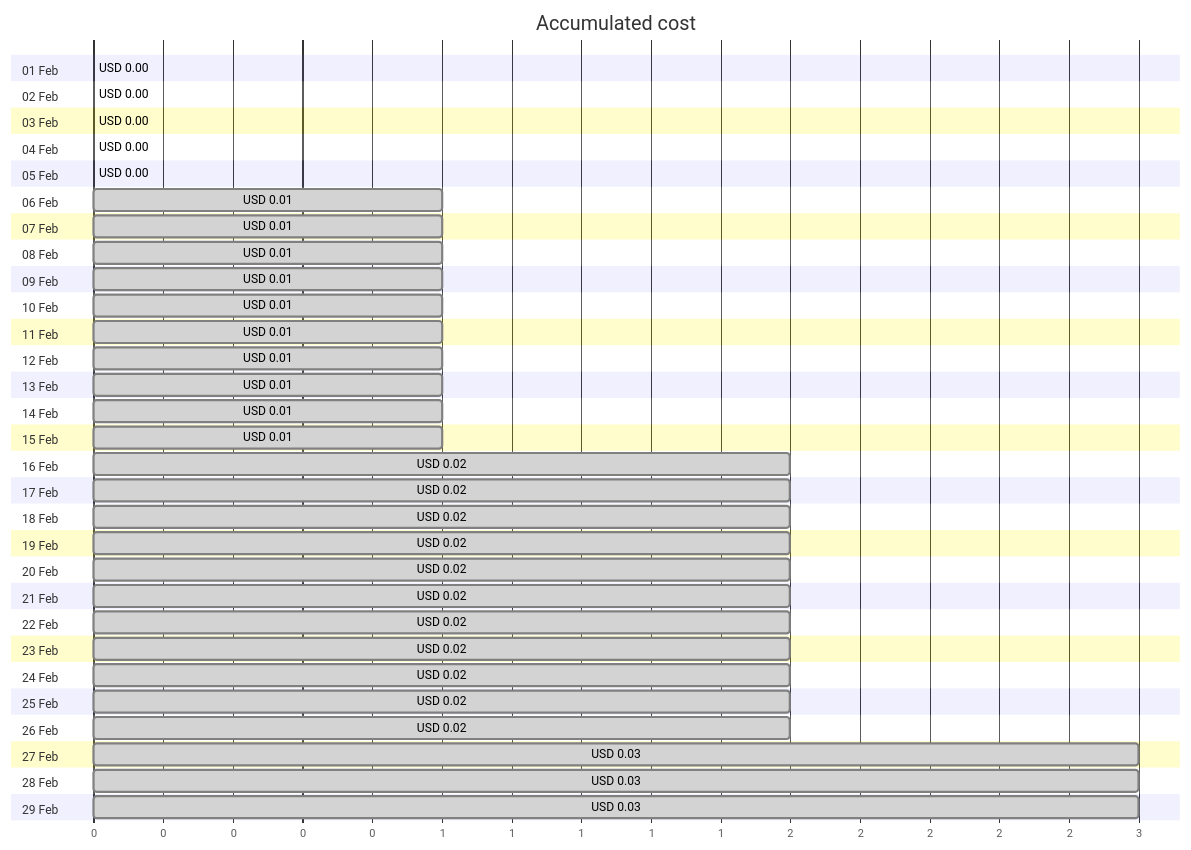
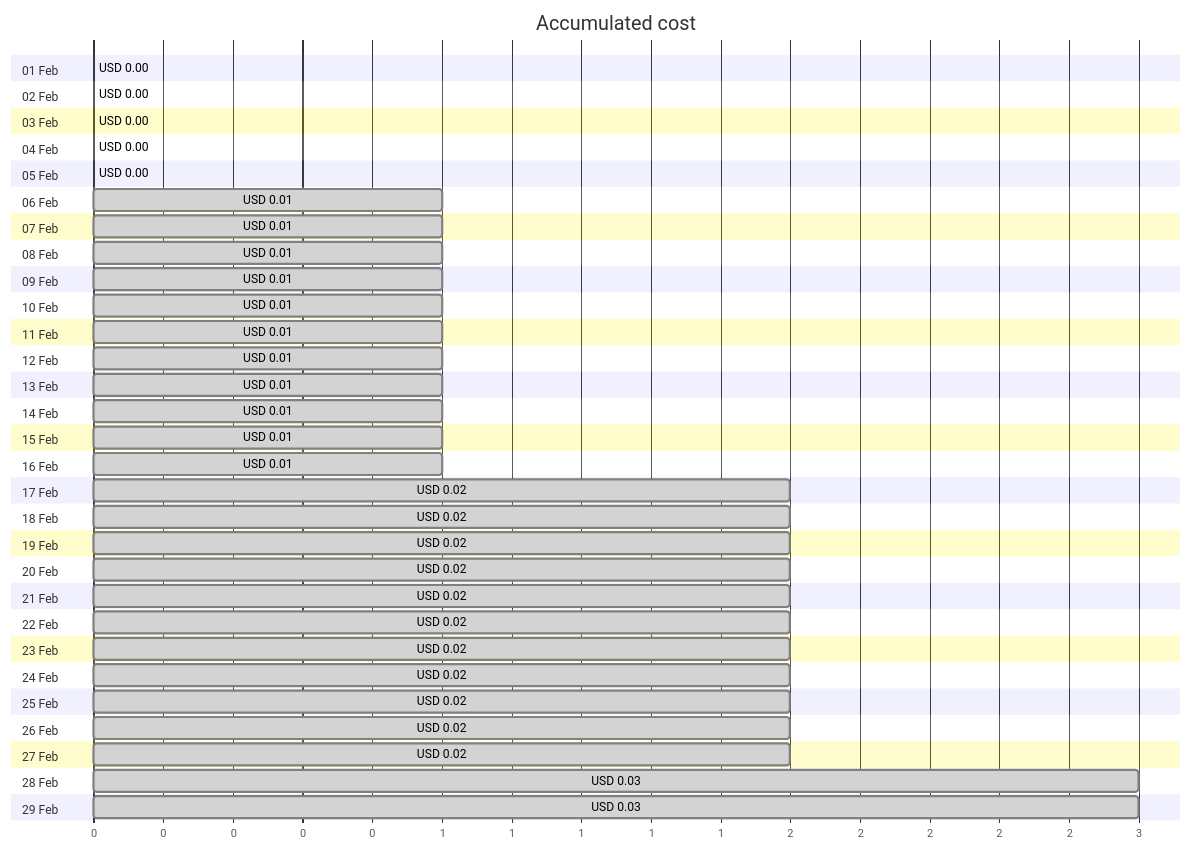
Before and after one commit to jpfulton/azure-personal-reports: the first of 4 diagrams in cost-reports/personal-site/personalsiteapipreview.md, drawn with Mermaid. The commit also changed other lines of this file and 6 other files, not shown here.

````diff
--- a/cost-reports/personal-site/personalsiteapipreview.md
+++ b/cost-reports/personal-site/personalsiteapipreview.md
@@ -20,64 +20,64 @@
 ```mermaid
 gantt
    title Accumulated cost
    dateFormat  X
    axisFormat %s
    section 01 Feb
    USD 0.00 :0, 0
    section 02 Feb
    USD 0.00 :0, 0
    section 03 Feb
    USD 0.00 :0, 0
    section 04 Feb
    USD 0.00 :0, 0
    section 05 Feb
-   USD 0.00 : done, 0, 0
+   USD 0.00 :0, 0
    section 06 Feb
    USD 0.01 : done, 0, 1
    section 07 Feb
    USD 0.01 : done, 0, 1
    section 08 Feb
    USD 0.01 : done, 0, 1
    section 09 Feb
    USD 0.01 : done, 0, 1
    section 10 Feb
    USD 0.01 : done, 0, 1
    section 11 Feb
    USD 0.01 : done, 0, 1
    section 12 Feb
    USD 0.01 : done, 0, 1
    section 13 Feb
    USD 0.01 : done, 0, 1
    section 14 Feb
    USD 0.01 : done, 0, 1
    section 15 Feb
    USD 0.01 : done, 0, 1
    section 16 Feb
-   USD 0.02 : done, 0, 2
+   USD 0.01 : done, 0, 1
    section 17 Feb
    USD 0.02 : done, 0, 2
    section 18 Feb
    USD 0.02 : done, 0, 2
    section 19 Feb
    USD 0.02 : done, 0, 2
    section 20 Feb
    USD 0.02 : done, 0, 2
    section 21 Feb
    USD 0.02 : done, 0, 2
    section 22 Feb
    USD 0.02 : done, 0, 2
    section 23 Feb
    USD 0.02 : done, 0, 2
    section 24 Feb
    USD 0.02 : done, 0, 2
    section 25 Feb
    USD 0.02 : done, 0, 2
    section 26 Feb
    USD 0.02 : done, 0, 2
    section 27 Feb
-   USD 0.03 : done, 0, 3
+   USD 0.02 : done, 0, 2
    section 28 Feb
    USD 0.03 : done, 0, 3
    section 29 Feb
    USD 0.03 : done, 0, 3
 ```
````
